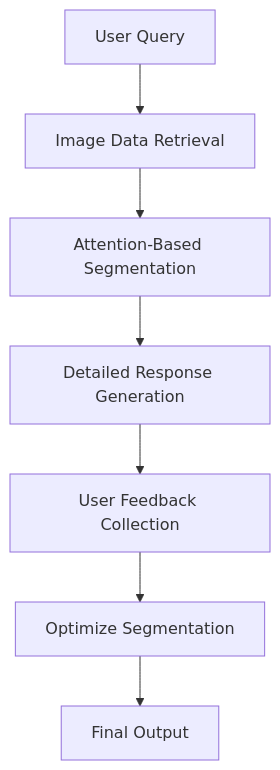
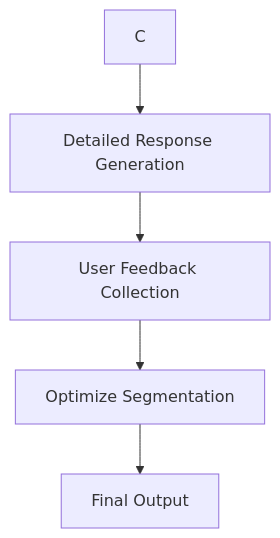
Diagram 29 of 29 in Readme.md (Dinuk-Di/RAG-Architectures), drawn with Mermaid before and after one commit. The commit also changed other lines of this file, not shown here.

````diff
--- a/Readme.md
+++ b/Readme.md
@@ -475,9 +493,7 @@
 ```mermaid
 flowchart TD
-    A[User Query] --> B[Image Data Retrieval]
-    B --> C[Attention-Based Segmentation]
     C --> D[Detailed Response Generation]
     D --> E[User Feedback Collection]
     E --> F[Optimize Segmentation]
     F --> G[Final Output]
 ```
````
